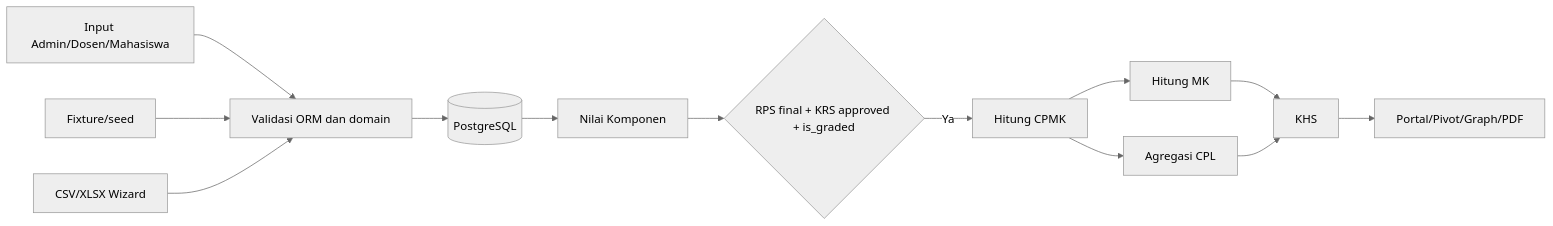
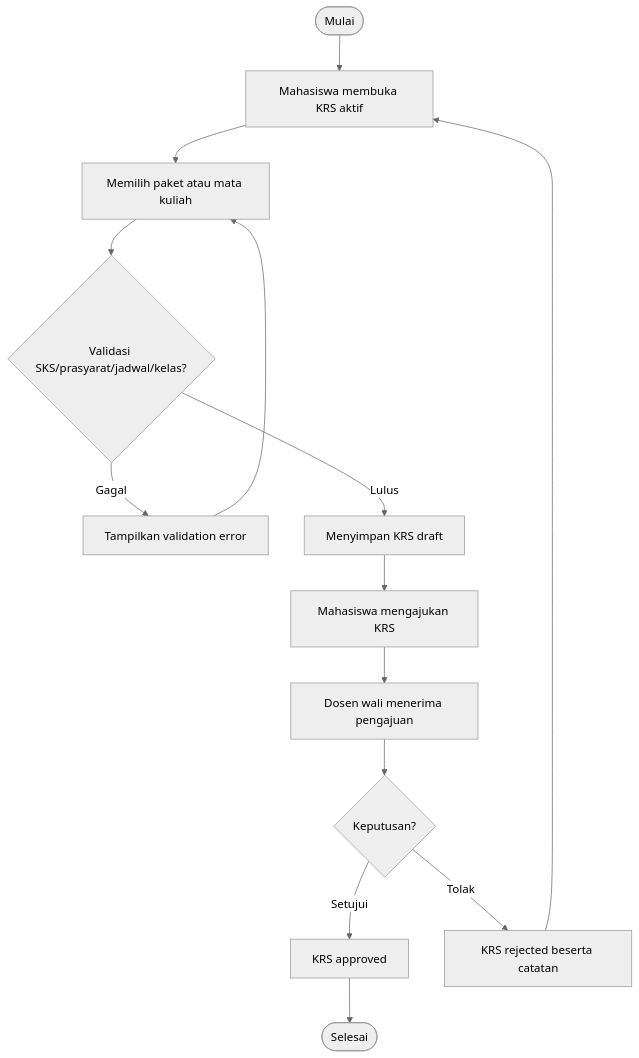
The fourth of 10 diagrams in docs/skripsi/enterprise-architecture.md (SesaSatriva/erpobe_odoo19), drawn with Mermaid (neutral theme) before and after one commit. The commit also changed other lines of this file, not shown here.

Commit message:
Doc : Fixed Enterprise Architecture

````diff
--- a/docs/skripsi/enterprise-architecture.md
+++ b/docs/skripsi/enterprise-architecture.md
@@ -380,15 +261,16 @@
 ```mermaid
-flowchart LR
-  Manual[Input Admin/Dosen/Mahasiswa] --> Validate[Validasi ORM dan domain]
-  Fixture[Fixture/seed] --> Validate
-  Import[CSV/XLSX Wizard] --> Validate
-  Validate --> DB[(PostgreSQL)]
-  Grade[Nilai Komponen] --> Check{RPS final + KRS approved + is_graded}
-  DB --> Grade
-  Check -->|Ya| CPMK[Hitung CPMK]
-  CPMK --> MK[Hitung MK]
-  CPMK --> CPL[Agregasi CPL]
-  MK --> KHS[KHS]
-  CPL --> KHS
-  KHS --> Report[Portal/Pivot/Graph/PDF]
+flowchart TD
+    S([Mulai]) --> A[Mahasiswa membuka KRS aktif]
+    A --> B[Memilih paket atau mata kuliah]
+    B --> C{Validasi SKS/prasyarat/jadwal/kelas?}
+    C -->|Gagal| D[Tampilkan validation error]
+    D --> B
+    C -->|Lulus| E[Menyimpan KRS draft]
+    E --> F[Mahasiswa mengajukan KRS]
+    F --> G[Dosen wali menerima pengajuan]
+    G --> H{Keputusan?}
+    H -->|Setujui| I[KRS approved]
+    H -->|Tolak| J[KRS rejected beserta catatan]
+    I --> Z([Selesai])
+    J --> A
 ```
````
